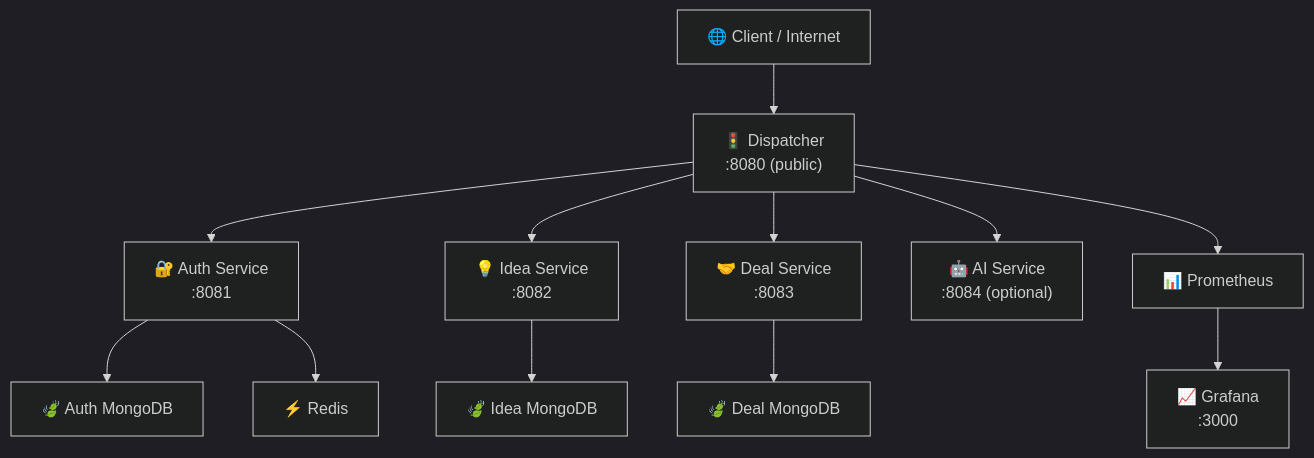
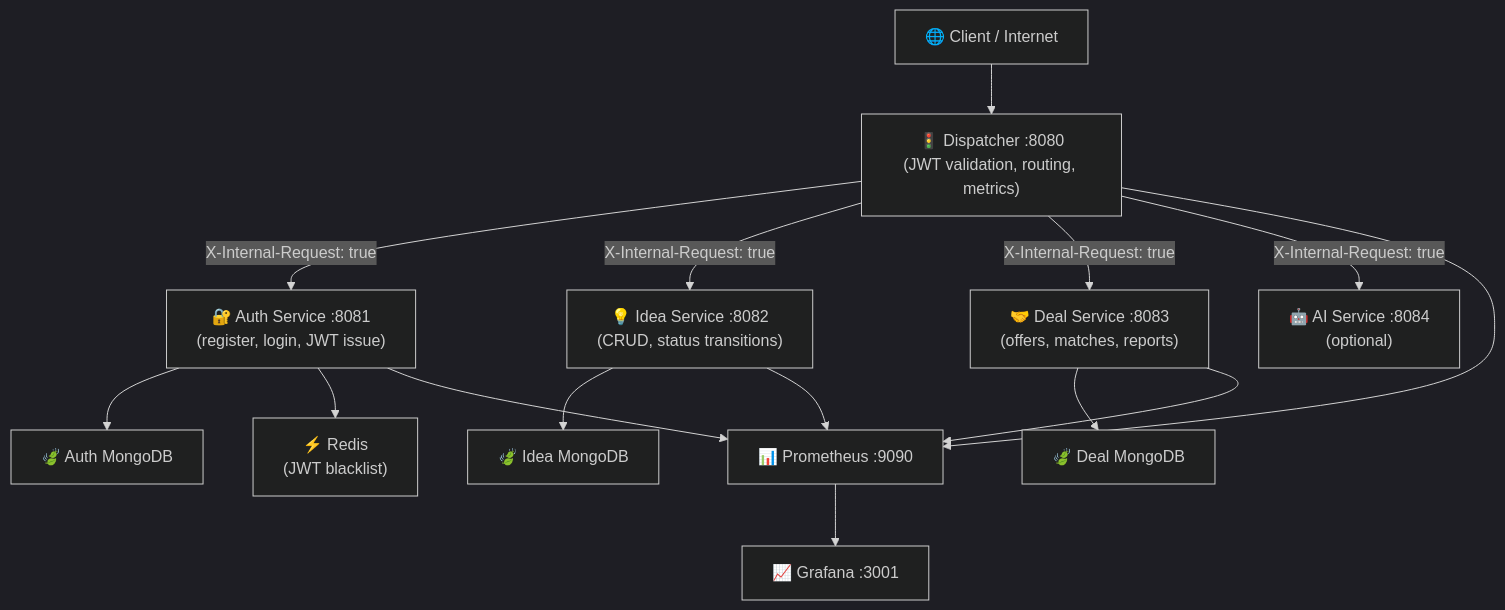
Before and after one commit to TheGhost966/InvestBridge: the first of 3 diagrams in README.md, drawn with Mermaid (dark theme). The commit also changed other lines of this file, not shown here.

````diff
--- a/README.md
+++ b/README.md
@@ -39,27 +38,30 @@
 ```mermaid
 graph TD
     Client["🌐 Client / Internet"]
-    D["🚦 Dispatcher\n:8080 (public)"]
-    A["🔐 Auth Service\n:8081"]
-    I["💡 Idea Service\n:8082"]
-    De["🤝 Deal Service\n:8083"]
-    AI["🤖 AI Service\n:8084 (optional)"]
+    D["🚦 Dispatcher :8080\n(JWT validation, routing, metrics)"]
+    A["🔐 Auth Service :8081\n(register, login, JWT issue)"]
+    I["💡 Idea Service :8082\n(CRUD, status transitions)"]
+    De["🤝 Deal Service :8083\n(offers, matches, reports)"]
+    AI["🤖 AI Service :8084\n(optional)"]
     AM["🍃 Auth MongoDB"]
     IM["🍃 Idea MongoDB"]
     DM["🍃 Deal MongoDB"]
-    R["⚡ Redis"]
-    P["📊 Prometheus"]
-    G["📈 Grafana\n:3000"]
+    R["⚡ Redis\n(JWT blacklist)"]
+    P["📊 Prometheus :9090"]
+    G["📈 Grafana :3001"]
 
     Client --> D
-    D --> A
-    D --> I
-    D --> De
-    D --> AI
+    D -->|X-Internal-Request: true| A
+    D -->|X-Internal-Request: true| I
+    D -->|X-Internal-Request: true| De
+    D -->|X-Internal-Request: true| AI
     A --> AM
+    A --> R
     I --> IM
     De --> DM
-    A --> R
     D --> P
+    A --> P
+    I --> P
+    De --> P
     P --> G
 ```
````
